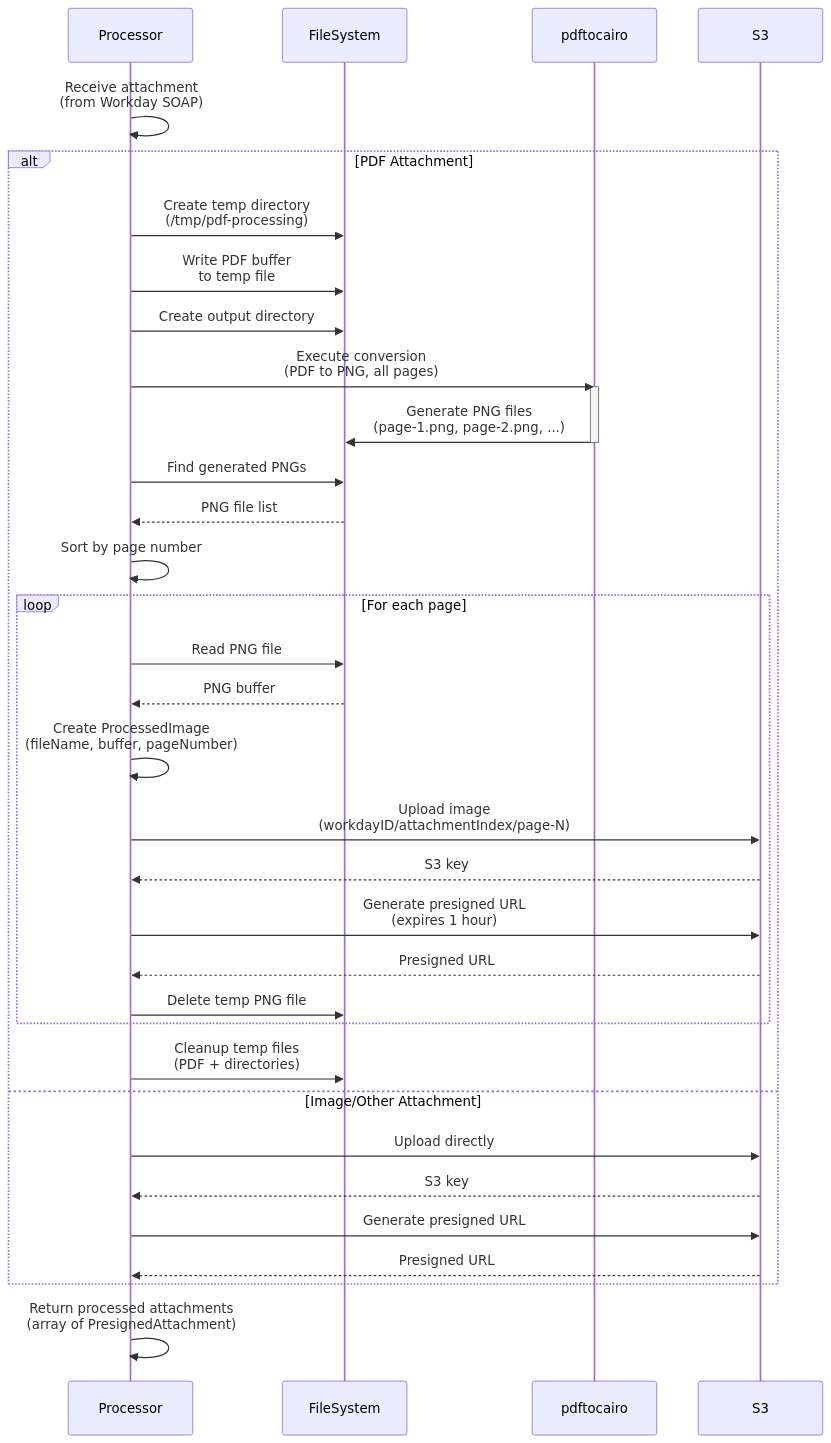
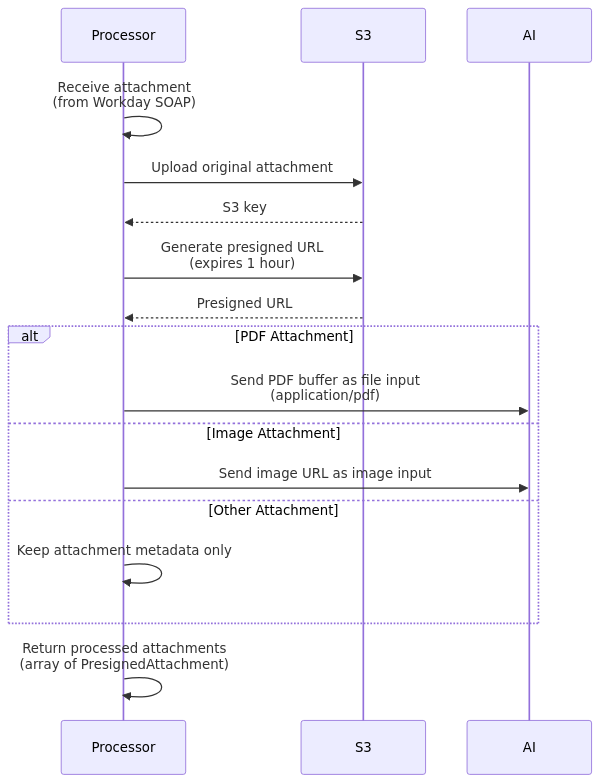
Before and after one commit to pgahq/finance-agent: the fifth of 7 diagrams in README.md, drawn with Mermaid. The commit also changed other lines of this file and 10 other files, not shown here.

````diff
--- a/README.md
+++ b/README.md
@@ -432,44 +424,23 @@
 ```mermaid
 sequenceDiagram
     participant Processor
-    participant FileSystem
-    participant pdftocairo
     participant S3
+    participant AI
 
     Processor->>Processor: Receive attachment<br/>(from Workday SOAP)
 
+    Processor->>S3: Upload original attachment
+    S3-->>Processor: S3 key
+    Processor->>S3: Generate presigned URL<br/>(expires 1 hour)
+    S3-->>Processor: Presigned URL
+
     alt PDF Attachment
-        Processor->>FileSystem: Create temp directory<br/>(/tmp/pdf-processing)
-        Processor->>FileSystem: Write PDF buffer<br/>to temp file
-        Processor->>FileSystem: Create output directory
-
-        Processor->>pdftocairo: Execute conversion<br/>(PDF to PNG, all pages)
-        activate pdftocairo
-        pdftocairo->>FileSystem: Generate PNG files<br/>(page-1.png, page-2.png, ...)
-        deactivate pdftocairo
-
-        Processor->>FileSystem: Find generated PNGs
-        FileSystem-->>Processor: PNG file list
-        Processor->>Processor: Sort by page number
-
-        loop For each page
-            Processor->>FileSystem: Read PNG file
-            FileSystem-->>Processor: PNG buffer
-            Processor->>Processor: Create ProcessedImage<br/>(fileName, buffer, pageNumber)
-            Processor->>S3: Upload image<br/>(workdayID/attachmentIndex/page-N)
-            S3-->>Processor: S3 key
-            Processor->>S3: Generate presigned URL<br/>(expires 1 hour)
-            S3-->>Processor: Presigned URL
-            Processor->>FileSystem: Delete temp PNG file
-        end
-
-        Processor->>FileSystem: Cleanup temp files<br/>(PDF + directories)
-    else Image/Other Attachment
-        Processor->>S3: Upload directly
-        S3-->>Processor: S3 key
-        Processor->>S3: Generate presigned URL
-        S3-->>Processor: Presigned URL
+        Processor->>AI: Send PDF buffer as file input<br/>(application/pdf)
+    else Image Attachment
+        Processor->>AI: Send image URL as image input
+    else Other Attachment
+        Processor->>Processor: Keep attachment metadata only
     end
 
     Processor->>Processor: Return processed attachments<br/>(array of PresignedAttachment)
 ```
````
